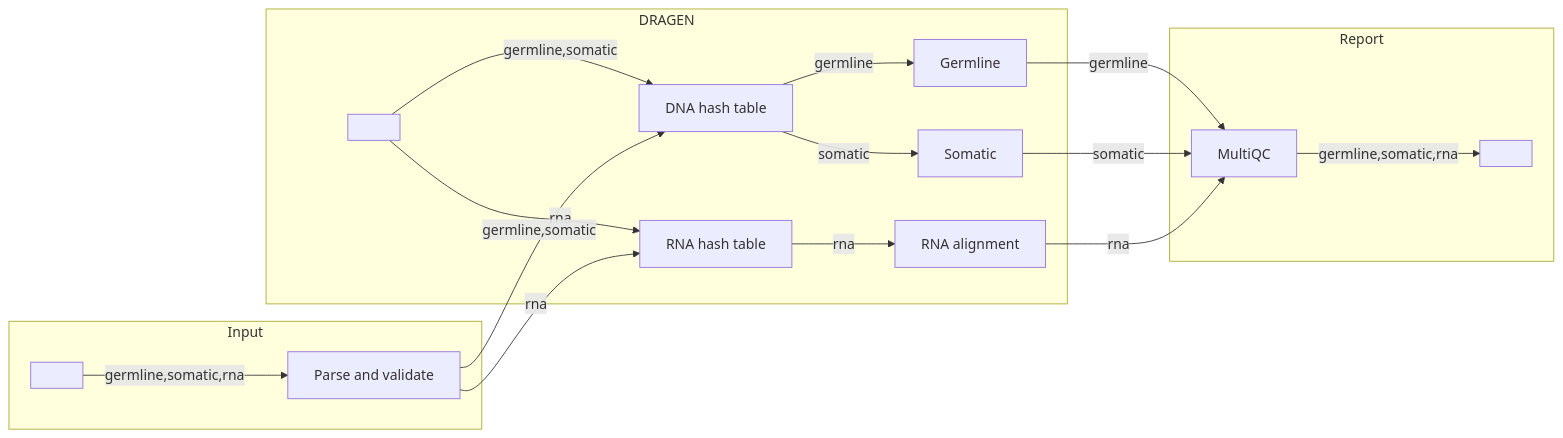
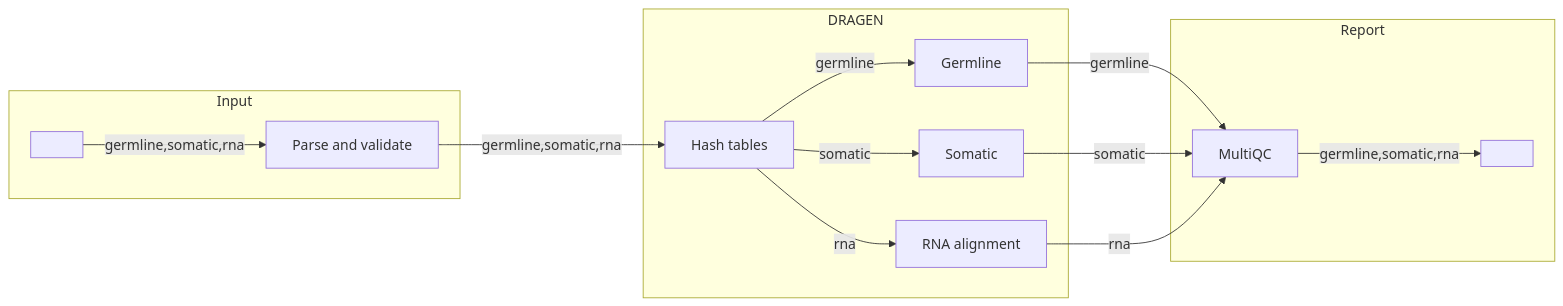
The diagram in docs/images/metro_map.mmd (seqeralabs/nf-dragen), drawn with Mermaid before and after one commit. The commit also changed 1 other file, not shown here.

Commit message:
Simplify metro map: one hash-table station, straight trunk

```diff
--- a/docs/images/metro_map.mmd
+++ b/docs/images/metro_map.mmd
@@ -1,49 +1,43 @@
 %%metro title: seqeralabs/nf-dragen
 %%metro style: seqera
 %%metro file: samplesheet | CSV | Samplesheet
-%%metro file: fasta | FASTA | Reference
 %%metro file: report_html | HTML | MultiQC report
 %%metro line: germline | DNA germline | #0dc09d
 %%metro line: somatic | DNA tumour/normal | #8b5cf6
 %%metro line: rna | RNA | #f59e0b
 %%metro legend: bl
 
 graph LR
     subgraph input [Input]
         %%metro exit: right | germline, somatic, rna
         samplesheet[ ]
         parse[Parse and validate]
 
         samplesheet -->|germline,somatic,rna| parse
     end
 
     subgraph dragen [DRAGEN]
         %%metro entry: left | germline, somatic, rna
         %%metro exit: right | germline, somatic, rna
-        fasta[ ]
-        ht_dna[DNA hash table]
-        ht_rna[RNA hash table]
+        hashtables[Hash tables]
         germline[Germline]
         somatic[Somatic]
         rna_align[RNA alignment]
 
-        fasta -->|germline,somatic| ht_dna
-        fasta -->|rna| ht_rna
-        ht_dna -->|germline| germline
-        ht_dna -->|somatic| somatic
-        ht_rna -->|rna| rna_align
+        hashtables -->|germline| germline
+        hashtables -->|somatic| somatic
+        hashtables -->|rna| rna_align
     end
 
     subgraph report [Report]
         %%metro entry: left | germline, somatic, rna
         multiqc[MultiQC]
         report_html[ ]
 
         multiqc -->|germline,somatic,rna| report_html
     end
 
-    parse -->|germline,somatic| ht_dna
-    parse -->|rna| ht_rna
+    parse -->|germline,somatic,rna| hashtables
     germline -->|germline| multiqc
     somatic -->|somatic| multiqc
     rna_align -->|rna| multiqc
```
